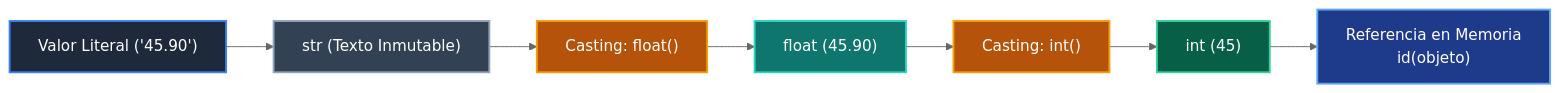
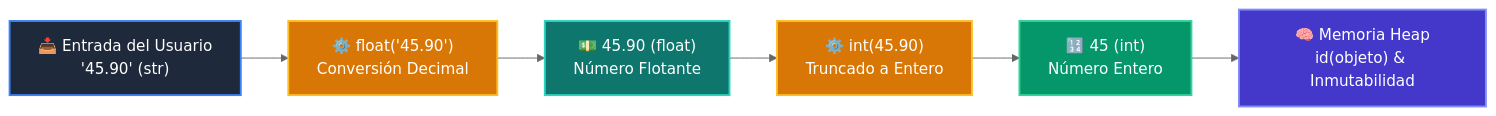
Before and after one commit to wisrovi/wisrovi-python: the diagram in 01-fundamentos-python/clase-02-variables-y-tipos/README.md, drawn with Mermaid (neutral theme). The commit also changed other lines of this file and 54 other files, not shown here.

Commit message:
refactor: clean repository root by moving maintenance scripts to scripts/ and restore rich high-contrast Mermaid diagrams for all classes and examples

````diff
--- a/01-fundamentos-python/clase-02-variables-y-tipos/README.md
+++ b/01-fundamentos-python/clase-02-variables-y-tipos/README.md
@@ -12,17 +12,15 @@
 ```mermaid
 flowchart LR
-    VAL["Valor Literal ('45.90')"] --> STR["str (Texto Inmutable)"]
-    STR --> CAST["Casting: float()"]
-    CAST --> FLT["float (45.90)"]
-    FLT --> TRUNC["Casting: int()"]
-    TRUNC --> INT["int (45)"]
-    INT --> MEM["Referencia en Memoria<br/>id(objeto)"]
+    INPUT["📥 Entrada del Usuario<br/>'45.90' (str)"] --> CAST1["⚙️ float('45.90')<br/>Conversión Decimal"]
+    CAST1 --> FLOAT_VAL["💵 45.90 (float)<br/>Número Flotante"]
+    FLOAT_VAL --> CAST2["⚙️ int(45.90)<br/>Truncado a Entero"]
+    CAST2 --> INT_VAL["🔢 45 (int)<br/>Número Entero"]
+    INT_VAL --> MEM["🧠 Memoria Heap<br/>id(objeto) & Inmutabilidad"]
 
-    style VAL fill:#1e293b,color:#fff,stroke:#3b82f6,stroke-width:2px
-    style STR fill:#334155,color:#fff,stroke:#94a3b8,stroke-width:2px
-    style CAST fill:#b45309,color:#fff,stroke:#f59e0b,stroke-width:2px
-    style FLT fill:#0f766e,color:#fff,stroke:#2dd4bf,stroke-width:2px
-    style TRUNC fill:#b45309,color:#fff,stroke:#f59e0b,stroke-width:2px
-    style INT fill:#065f46,color:#fff,stroke:#34d399,stroke-width:2px
-    style MEM fill:#1e3a8a,color:#fff,stroke:#60a5fa,stroke-width:2px
+    style INPUT fill:#1e293b,color:#ffffff,stroke:#3b82f6,stroke-width:2px
+    style CAST1 fill:#d97706,color:#ffffff,stroke:#fbbf24,stroke-width:2px
+    style FLOAT_VAL fill:#0f766e,color:#ffffff,stroke:#2dd4bf,stroke-width:2px
+    style CAST2 fill:#d97706,color:#ffffff,stroke:#fbbf24,stroke-width:2px
+    style INT_VAL fill:#059669,color:#ffffff,stroke:#34d399,stroke-width:2px
+    style MEM fill:#4338ca,color:#ffffff,stroke:#818cf8,stroke-width:2px
 ```
````
